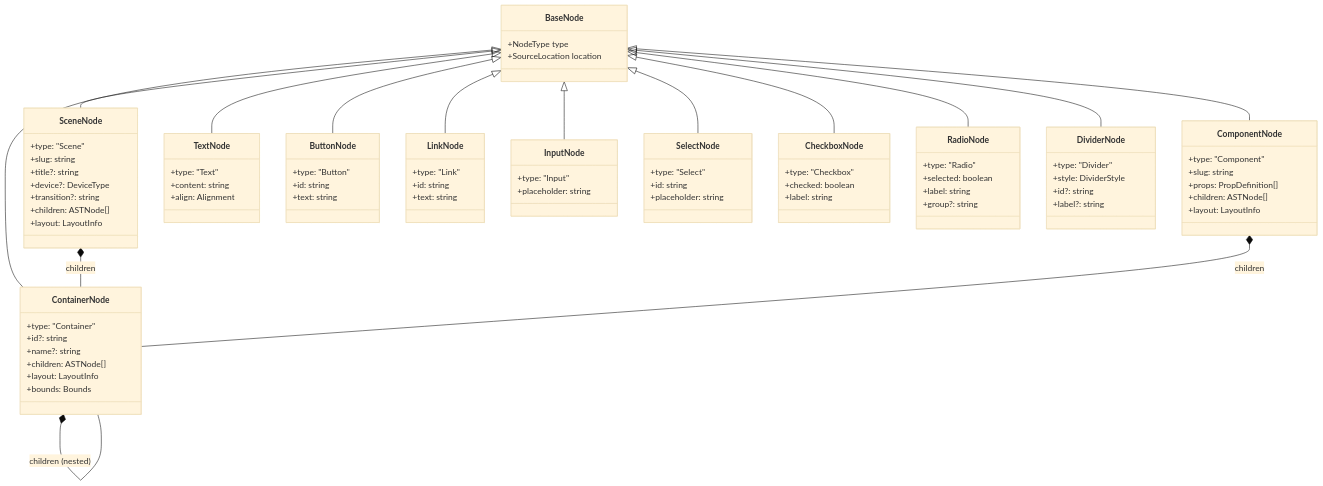
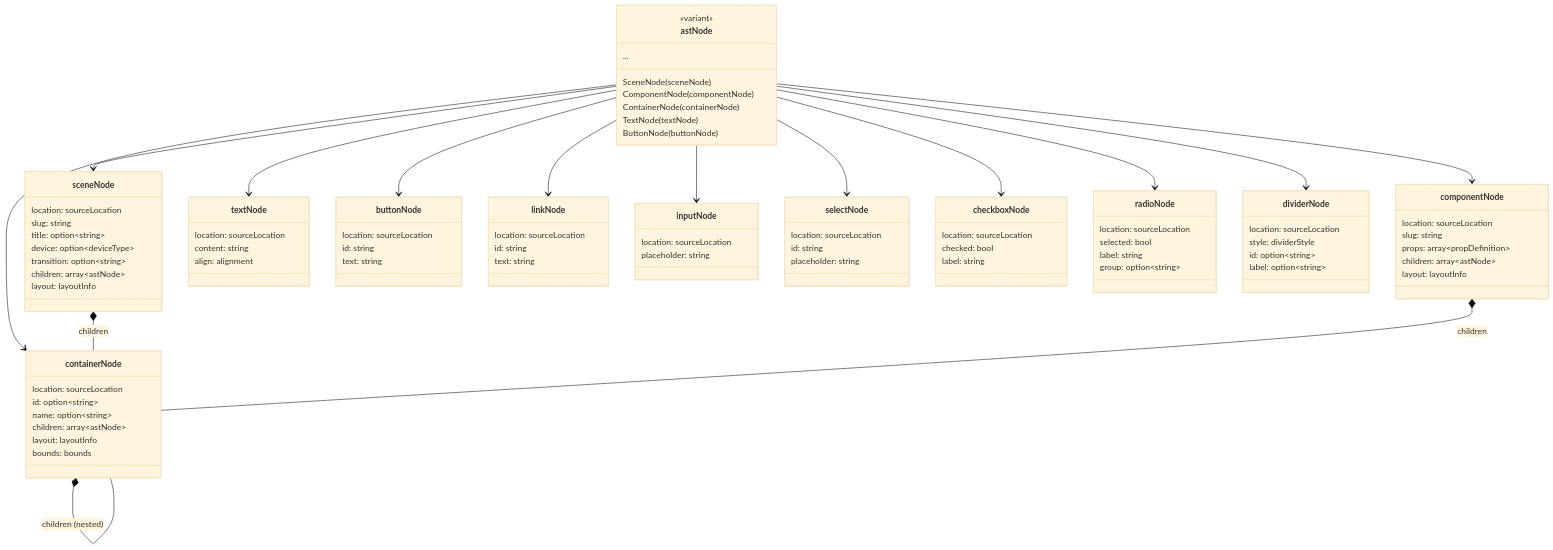
Before and after one commit to wickedev/wyreframe: the third of 9 diagrams in .claude/specs/syntax-v2-parser/design.md, drawn with Mermaid (base theme). The commit also changed other lines of this file and 12 other files, not shown here.

Commit message:
feat: add parser module scaffolding - Update syntax-v2-parser spec documents (design, tasks) - Add lexer module stubs (scanner, token-stream) - Add parser module stubs (block-parser, context, priority-matcher) - Add type definitions (ast, tokens, errors, options)

````diff
--- a/.claude/specs/syntax-v2-parser/design.md
+++ b/.claude/specs/syntax-v2-parser/design.md
@@ -663,99 +924,104 @@
 ```mermaid
 classDiagram
-    class BaseNode {
-        +NodeType type
-        +SourceLocation location
+    class astNode {
+        <<variant>>
+        SceneNode(sceneNode)
+        ComponentNode(componentNode)
+        ContainerNode(containerNode)
+        TextNode(textNode)
+        ButtonNode(buttonNode)
+        ...
     }
 
-    class SceneNode {
-        +type: "Scene"
-        +slug: string
-        +title?: string
-        +device?: DeviceType
-        +transition?: string
-        +children: ASTNode[]
-        +layout: LayoutInfo
+    class sceneNode {
+        location: sourceLocation
+        slug: string
+        title: option~string~
+        device: option~deviceType~
+        transition: option~string~
+        children: array~astNode~
+        layout: layoutInfo
     }
 
-    class ComponentNode {
-        +type: "Component"
-        +slug: string
-        +props: PropDefinition[]
-        +children: ASTNode[]
-        +layout: LayoutInfo
+    class componentNode {
+        location: sourceLocation
+        slug: string
+        props: array~propDefinition~
+        children: array~astNode~
+        layout: layoutInfo
     }
 
-    class ContainerNode {
-        +type: "Container"
-        +id?: string
-        +name?: string
-        +children: ASTNode[]
-        +layout: LayoutInfo
-        +bounds: Bounds
+    class containerNode {
+        location: sourceLocation
+        id: option~string~
+        name: option~string~
+        children: array~astNode~
+        layout: layoutInfo
+        bounds: bounds
     }
 
-    class TextNode {
-        +type: "Text"
-        +content: string
-        +align: Alignment
+    class textNode {
+        location: sourceLocation
+        content: string
+        align: alignment
     }
 
-    class ButtonNode {
-        +type: "Button"
-        +id: string
-        +text: string
+    class buttonNode {
+        location: sourceLocation
+        id: string
+        text: string
     }
 
-    class LinkNode {
-        +type: "Link"
-        +id: string
-        +text: string
+    class linkNode {
+        location: sourceLocation
+        id: string
+        text: string
     }
 
-    class InputNode {
-        +type: "Input"
-        +placeholder: string
+    class inputNode {
+        location: sourceLocation
+        placeholder: string
     }
 
-    class SelectNode {
-        +type: "Select"
-        +id: string
-        +placeholder: string
+    class selectNode {
+        location: sourceLocation
+        id: string
+        placeholder: string
     }
 
-    class CheckboxNode {
-        +type: "Checkbox"
-        +checked: boolean
-        +label: string
+    class checkboxNode {
+        location: sourceLocation
+        checked: bool
+        label: string
     }
 
-    class RadioNode {
-        +type: "Radio"
-        +selected: boolean
-        +label: string
-        +group?: string
+    class radioNode {
+        location: sourceLocation
+        selected: bool
+        label: string
+        group: option~string~
     }
 
-    class DividerNode {
-        +type: "Divider"
-        +style: DividerStyle
-        +id?: string
-        +label?: string
+    class dividerNode {
+        location: sourceLocation
+        style: dividerStyle
+        id: option~string~
+        label: option~string~
     }
 
-    BaseNode <|-- SceneNode
-    BaseNode <|-- ComponentNode
-    BaseNode <|-- ContainerNode
-    BaseNode <|-- TextNode
-    BaseNode <|-- ButtonNode
-    BaseNode <|-- LinkNode
-    BaseNode <|-- InputNode
-    BaseNode <|-- SelectNode
-    BaseNode <|-- CheckboxNode
-    BaseNode <|-- RadioNode
-    BaseNode <|-- DividerNode
+    astNode --> sceneNode
+    astNode --> componentNode
+    astNode --> containerNode
+    astNode --> textNode
+    astNode --> buttonNode
+    astNode --> linkNode
+    astNode --> inputNode
+    astNode --> selectNode
+    astNode --> checkboxNode
+    astNode --> radioNode
+    astNode --> dividerNode
 
-    SceneNode *-- ContainerNode : children
-    ComponentNode *-- ContainerNode : children
-    ContainerNode *-- ContainerNode : children (nested)
+    sceneNode *-- containerNode : children
+    componentNode *-- containerNode : children
+    containerNode *-- containerNode : children (nested)
 ```
````
